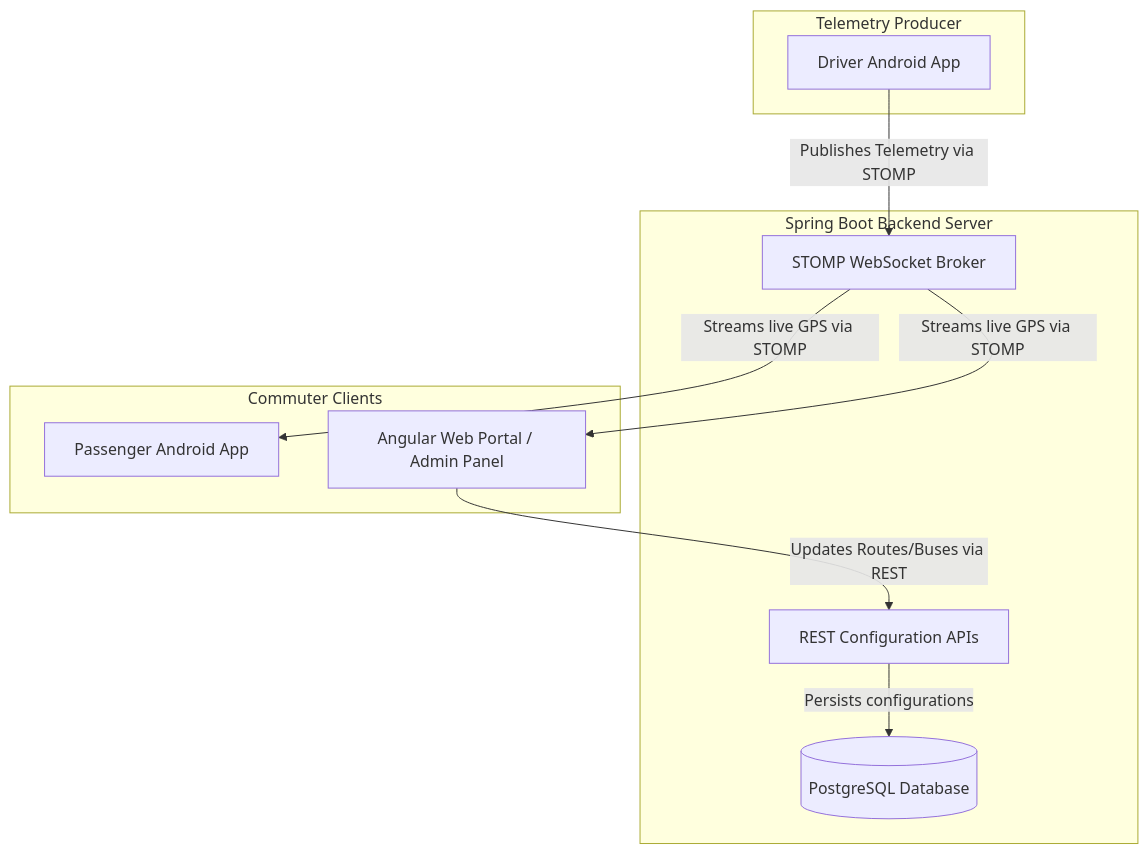
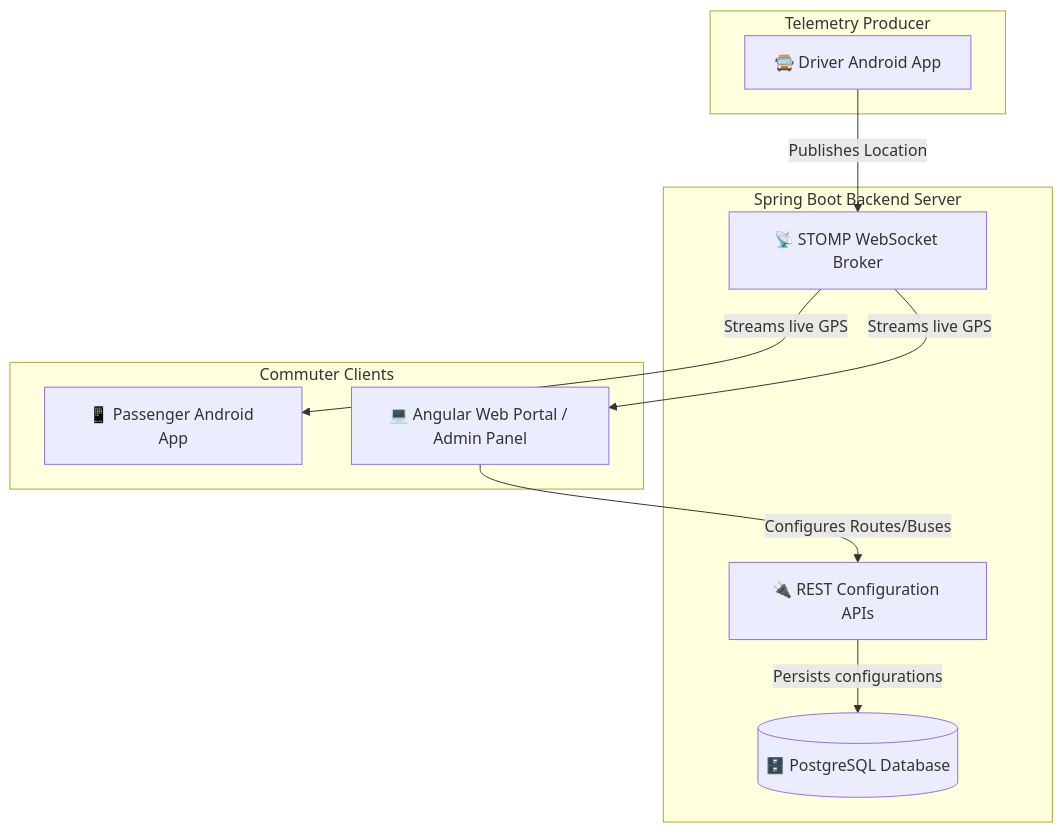
The diagram in README.md (abhayjoshi201/livebus), drawn with Mermaid before and after one commit. The commit also changed other lines of this file and 8 other files, not shown here.

````diff
--- a/README.md
+++ b/README.md
@@ -55,24 +31,24 @@
 ```mermaid
 graph TD
-    subgraph Publisher [Telemetry Producer]
-        Driver[Driver Android App]
+    subgraph Publisher ["Telemetry Producer"]
+        Driver["🚍 Driver Android App"]
     end
 
-    subgraph Broker [Spring Boot Backend Server]
-        WS[STOMP WebSocket Broker]
-        REST[REST Configuration APIs]
-        DB[(PostgreSQL Database)]
+    subgraph Broker ["Spring Boot Backend Server"]
+        WS["📡 STOMP WebSocket Broker"]
+        REST["🔌 REST Configuration APIs"]
+        DB[("🗄️ PostgreSQL Database")]
     end
 
-    subgraph Subscribers [Commuter Clients]
-        Passenger[Passenger Android App]
-        WebPortal[Angular Web Portal / Admin Panel]
+    subgraph Subscribers ["Commuter Clients"]
+        Passenger["📱 Passenger Android App"]
+        WebPortal["💻 Angular Web Portal / Admin Panel"]
     end
 
     %% Flows
-    Driver -->|Publishes Telemetry via STOMP| WS
-    WS -->|Streams live GPS via STOMP| Passenger
-    WS -->|Streams live GPS via STOMP| WebPortal
-    WebPortal -->|Updates Routes/Buses via REST| REST
+    Driver -->|Publishes Location| WS
+    WS -->|Streams live GPS| Passenger
+    WS -->|Streams live GPS| WebPortal
+    WebPortal -->|Configures Routes/Buses| REST
     REST -->|Persists configurations| DB
 ```
````
